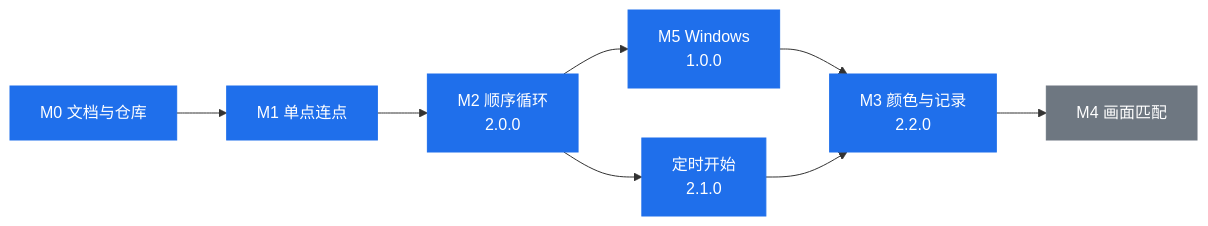
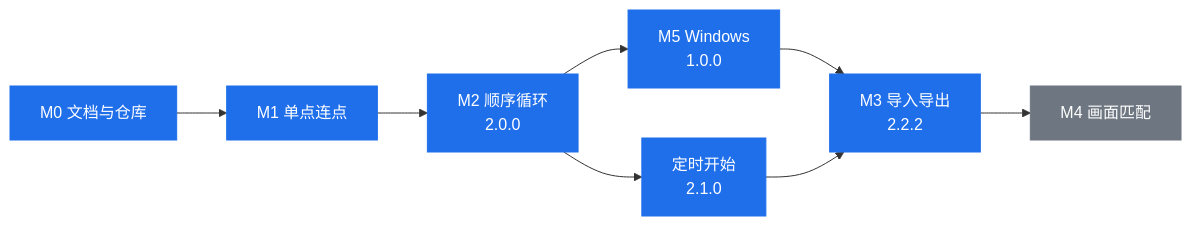
The third of 4 diagrams in README.md (Armstrong2015/floatap), drawn with Mermaid before and after one commit. The commit also changed other lines of this file and 24 other files, not shown here.

````diff
--- a/README.md
+++ b/README.md
@@ -74,16 +74,16 @@
 ```mermaid
 flowchart LR
   M0["M0 文档与仓库"] --> M1["M1 单点连点"]
   M1 --> M2["M2 顺序循环<br/>2.0.0"]
   M2 --> M5["M5 Windows<br/>1.0.0"]
   M2 --> M2b["定时开始<br/>2.1.0"]
   M5 --> M3["M3 颜色条件"]
-  M2b --> M3["M3 颜色与记录<br/>2.2.0"]
+  M2b --> M3["M3 导入导出<br/>2.2.2"]
   M3 --> M4["M4 画面匹配"]
 
   classDef done fill:#1f6feb,stroke:#1f6feb,color:#ffffff
   classDef next fill:#9a6700,stroke:#9a6700,color:#ffffff
   classDef later fill:#6e7781,stroke:#6e7781,color:#ffffff
   class M0,M1,M2,M2b,M3,M5 done
   class M4 later
 ```
````
